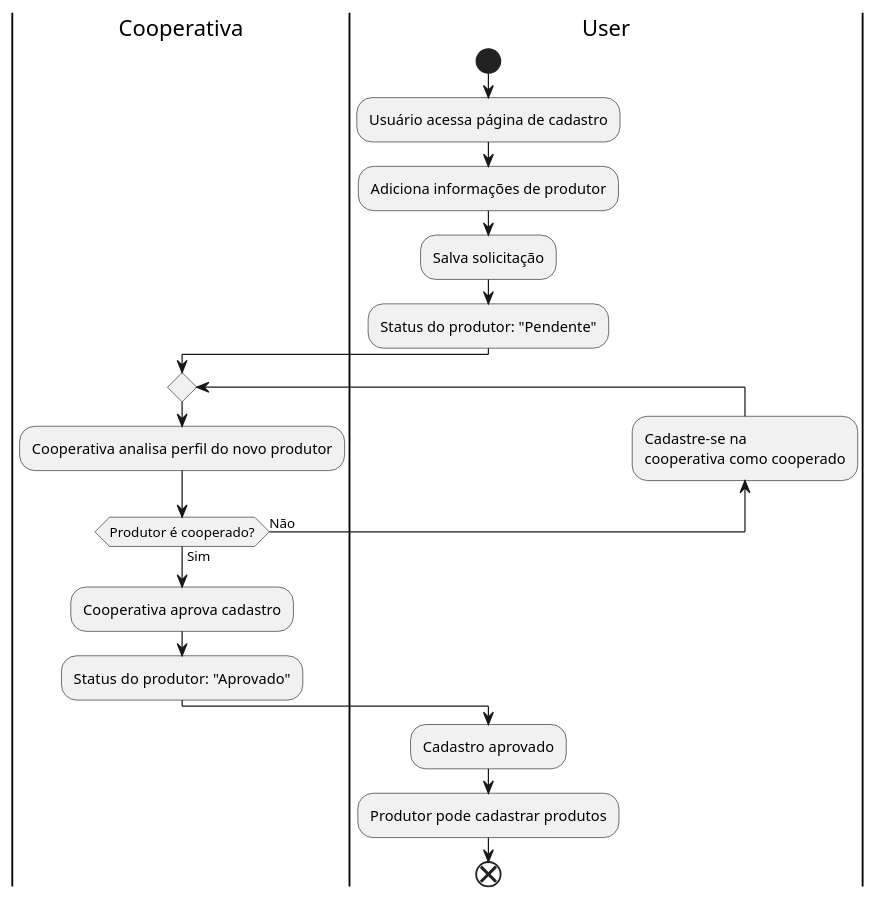
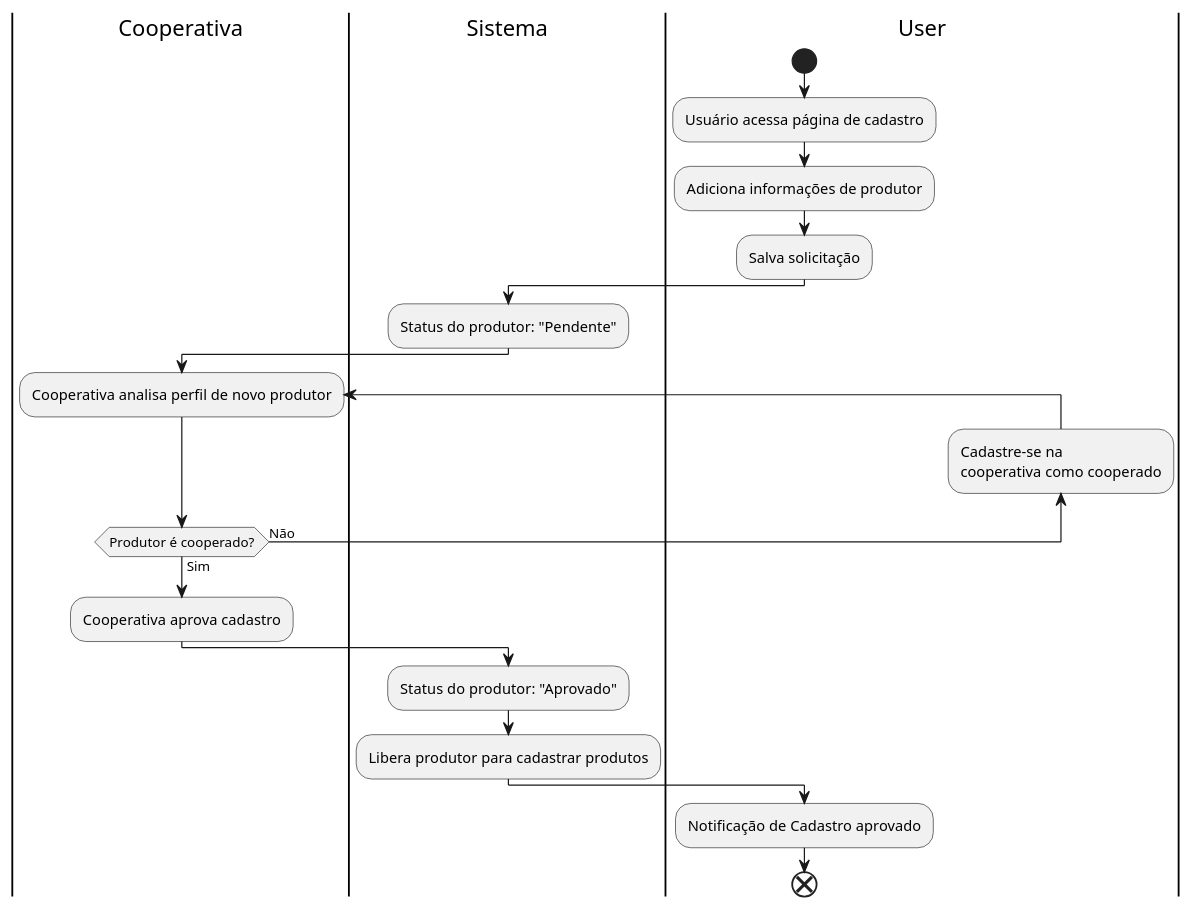
The diagram in docs/diagrams/activity/ProducerRegister.puml (bruflor/comercio-vizinho), drawn with PlantUML before and after one commit.

Commit message:
Atualizando com camada de sistema diagrama de Gestão de perfil de produtor

```diff
--- a/docs/diagrams/activity/ProducerRegister.puml
+++ b/docs/diagrams/activity/ProducerRegister.puml
@@ -1,27 +1,27 @@
 @startuml
 |Cooperativa|
-
+|Sistema|
 |User|
     start
     :Usuário acessa página de cadastro;
     :Adiciona informações de produtor;
     :Salva solicitação;
+    |Sistema|
     :Status do produtor: "Pendente";
 
 |Cooperativa|
-repeat
-    :Cooperativa analisa perfil do novo produtor;
+repeat :Cooperativa analisa perfil de novo produtor;
 |User|
     backward: Cadastre-se na
     cooperativa como cooperado;
 
 |Cooperativa|
 repeat while (Produtor é cooperado?) is (Não) not (Sim)
   :Cooperativa aprova cadastro;
+  |Sistema|
   :Status do produtor: "Aprovado";
-
+  :Libera produtor para cadastrar produtos;
 |User|
-  :Cadastro aprovado;
-  :Produtor pode cadastrar produtos;
+  :Notificação de Cadastro aprovado;
   end
 @enduml
```
